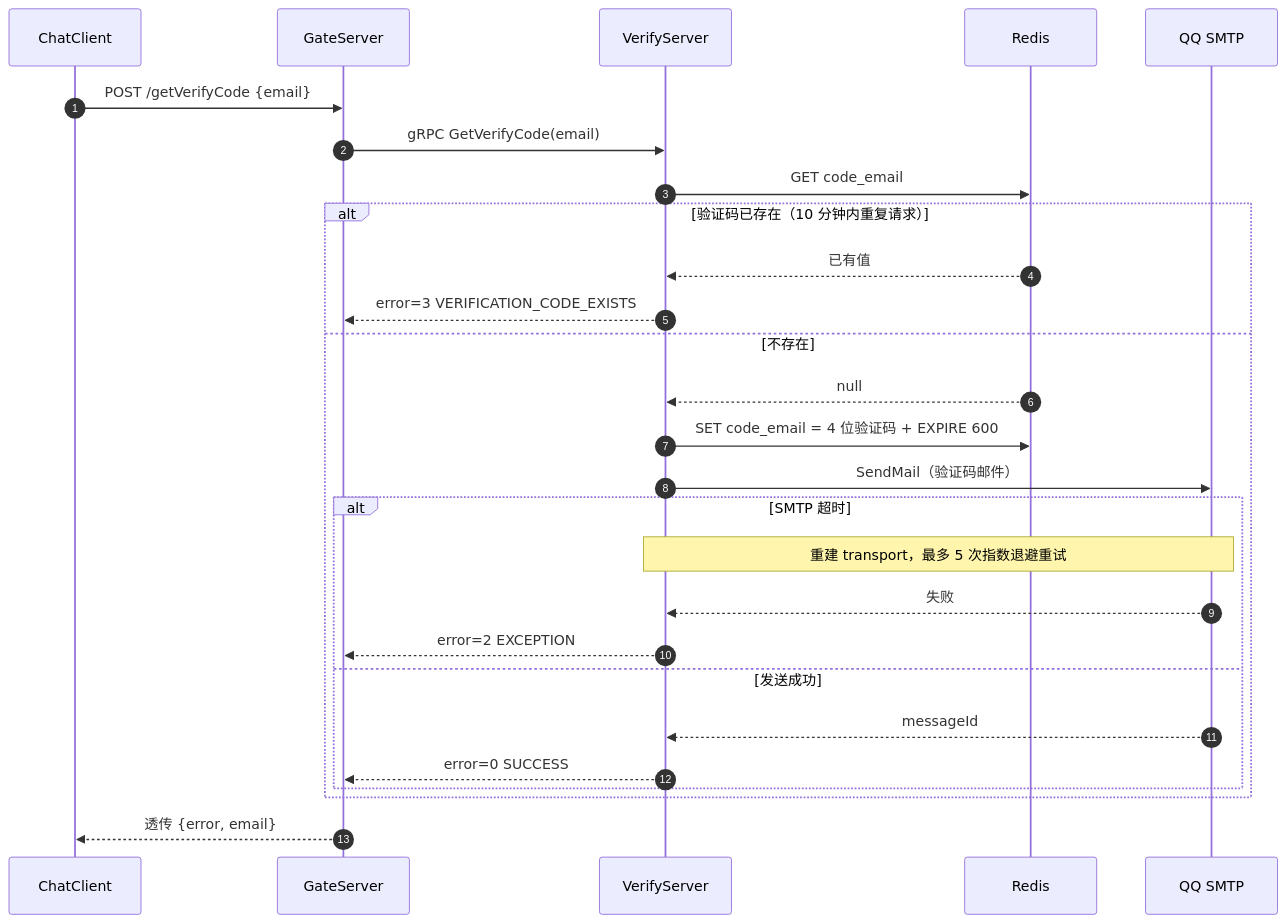
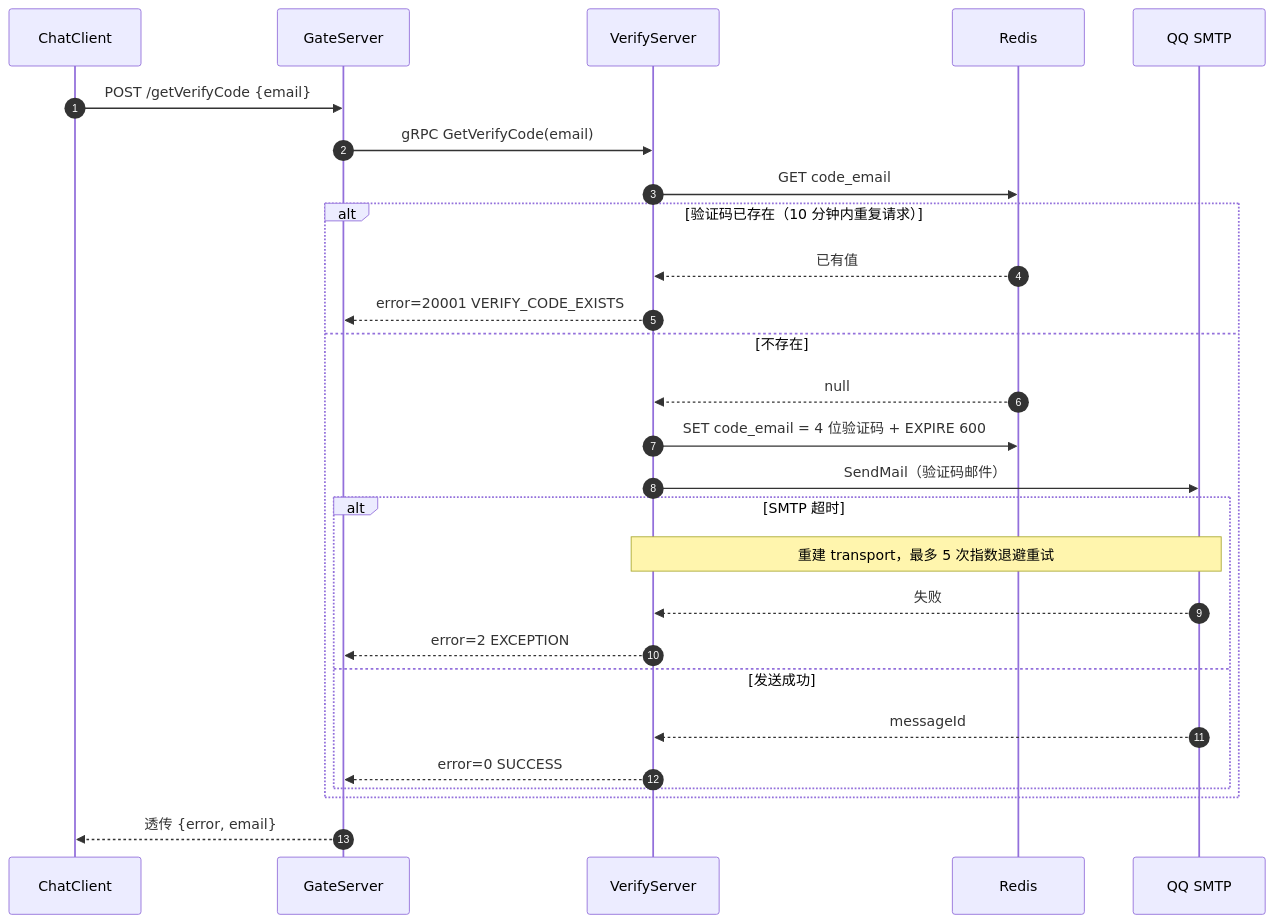
Before and after one commit to codeT2001/MyChat: the third of 3 diagrams in Servers/VerifyServer/README.md, drawn with Mermaid. The commit also changed other lines of this file and 9 other files, not shown here.

````diff
--- a/Servers/VerifyServer/README.md
+++ b/Servers/VerifyServer/README.md
@@ -64,30 +64,30 @@
 ```mermaid
 sequenceDiagram
     autonumber
     participant C as ChatClient
     participant G as GateServer
     participant V as VerifyServer
     participant R as Redis
     participant M as QQ SMTP
 
     C->>G: POST /getVerifyCode {email}
     G->>V: gRPC GetVerifyCode(email)
     V->>R: GET code_email
     alt 验证码已存在（10 分钟内重复请求）
         R-->>V: 已有值
-        V-->>G: error=3 VERIFICATION_CODE_EXISTS
+        V-->>G: error=20001 VERIFY_CODE_EXISTS
     else 不存在
         R-->>V: null
         V->>R: SET code_email = 4 位验证码 + EXPIRE 600
         V->>M: SendMail（验证码邮件）
         alt SMTP 超时
             Note over V,M: 重建 transport，最多 5 次指数退避重试
             M-->>V: 失败
             V-->>G: error=2 EXCEPTION
         else 发送成功
             M-->>V: messageId
             V-->>G: error=0 SUCCESS
         end
     end
     G-->>C: 透传 {error, email}
 ```
````
